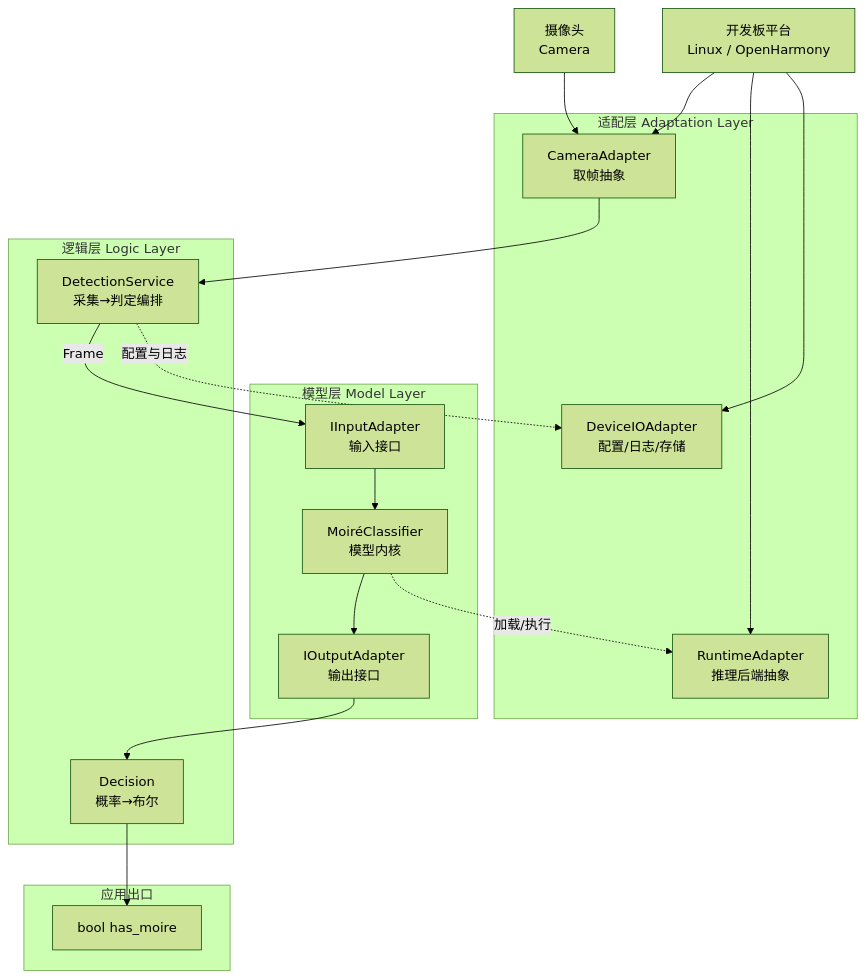
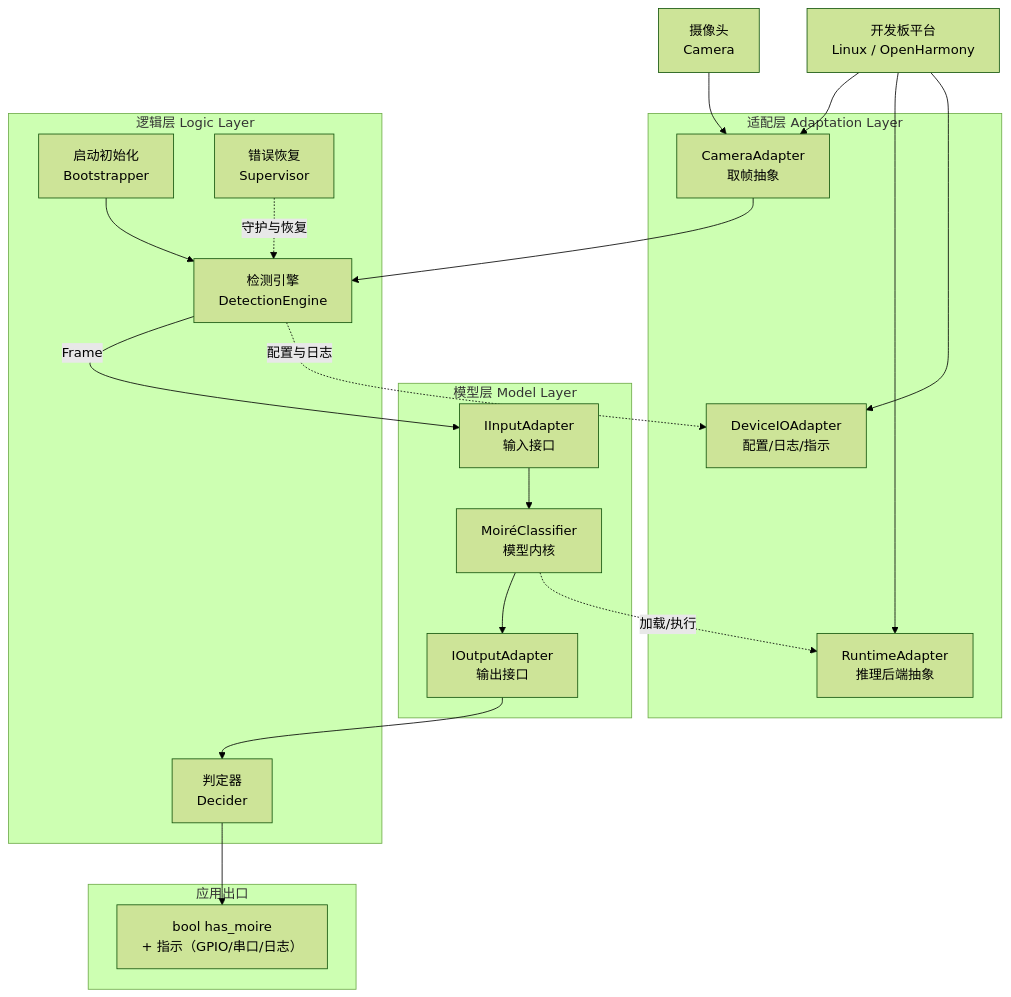
Before and after one commit to chunri3255425/SFRNet: the first of 2 diagrams in docs/design/SOFTWARE_DESIGN.md, drawn with Mermaid (forest theme). The commit also changed other lines of this file and 31 other files, not shown here.

````diff
--- a/docs/design/SOFTWARE_DESIGN.md
+++ b/docs/design/SOFTWARE_DESIGN.md
@@ -41,35 +67,39 @@
 ```mermaid
 graph TD
     CAM["摄像头<br/>Camera"]
     PLAT["开发板平台<br/>Linux / OpenHarmony"]
 
     subgraph L3["适配层 Adaptation Layer"]
         CAMA["CameraAdapter<br/>取帧抽象"]
         RT["RuntimeAdapter<br/>推理后端抽象"]
-        IOA["DeviceIOAdapter<br/>配置/日志/存储"]
+        IOA["DeviceIOAdapter<br/>配置/日志/指示"]
     end
 
     subgraph L2["模型层 Model Layer"]
         IN["IInputAdapter<br/>输入接口"]
         CORE["MoiréClassifier<br/>模型内核"]
         OUT["IOutputAdapter<br/>输出接口"]
     end
 
     subgraph L1["逻辑层 Logic Layer"]
-        SVC["DetectionService<br/>采集→判定编排"]
-        POST["Decision<br/>概率→布尔"]
+        INIT["启动初始化<br/>Bootstrapper"]
+        SVC["检测引擎<br/>DetectionEngine"]
+        DEC["判定器<br/>Decider"]
+        ERR["错误恢复<br/>Supervisor"]
     end
 
     subgraph APP["应用出口"]
-        RESULT["bool has_moire"]
+        RESULT["bool has_moire<br/>+ 指示（GPIO/串口/日志）"]
     end
 
     CAM --> CAMA --> SVC
     PLAT --> CAMA
     PLAT --> RT
     PLAT --> IOA
 
-    SVC -->|"Frame"| IN --> CORE --> OUT --> POST --> RESULT
+    INIT --> SVC
+    SVC -->|"Frame"| IN --> CORE --> OUT --> DEC --> RESULT
     CORE -.加载/执行.-> RT
     SVC -.配置与日志.-> IOA
+    ERR -.守护与恢复.-> SVC
 ```
````
